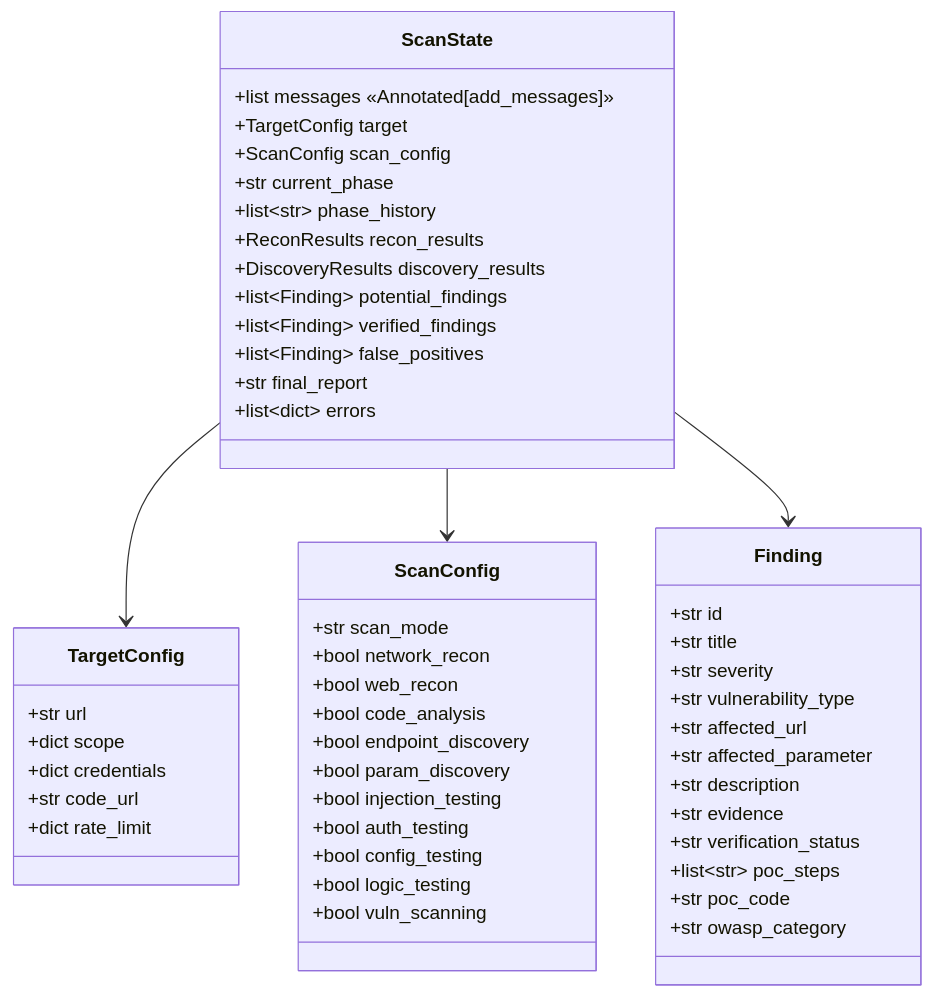
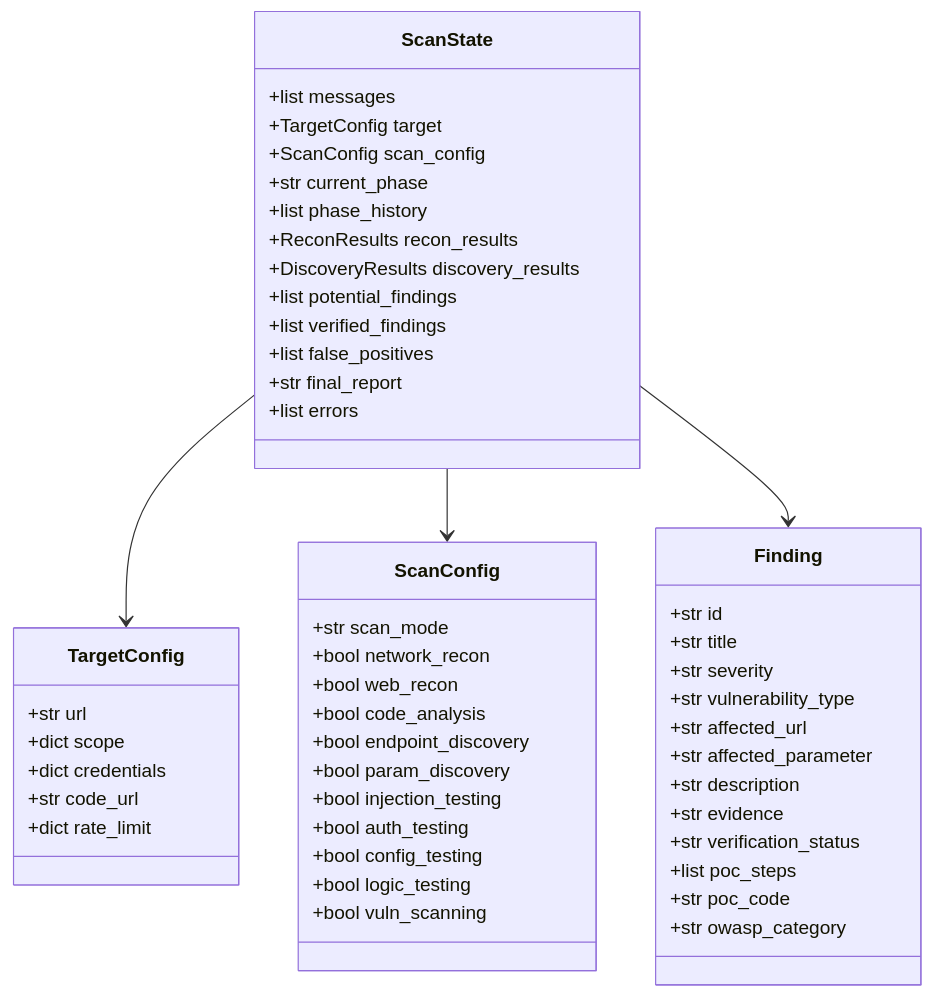
The fourth of 16 diagrams in docs/architecture.md (omkar-ukirde/RedStrike.AI), drawn with Mermaid before and after one commit. The commit also changed other lines of this file, not shown here.

Commit message:
refactor: simplify and clean up Mermaid diagrams in architecture documentation

````diff
--- a/docs/architecture.md
+++ b/docs/architecture.md
@@ -210,58 +210,58 @@
 ```mermaid
 classDiagram
     class ScanState {
-        +list messages            «Annotated[add_messages]»
+        +list messages
         +TargetConfig target
         +ScanConfig scan_config
         +str current_phase
-        +list~str~ phase_history
+        +list phase_history
         +ReconResults recon_results
         +DiscoveryResults discovery_results
-        +list~Finding~ potential_findings
-        +list~Finding~ verified_findings
-        +list~Finding~ false_positives
+        +list potential_findings
+        +list verified_findings
+        +list false_positives
         +str final_report
-        +list~dict~ errors
+        +list errors
     }
 
     class TargetConfig {
         +str url
         +dict scope
         +dict credentials
         +str code_url
         +dict rate_limit
     }
 
     class ScanConfig {
         +str scan_mode
         +bool network_recon
         +bool web_recon
         +bool code_analysis
         +bool endpoint_discovery
         +bool param_discovery
         +bool injection_testing
         +bool auth_testing
         +bool config_testing
         +bool logic_testing
         +bool vuln_scanning
     }
 
     class Finding {
         +str id
         +str title
         +str severity
         +str vulnerability_type
         +str affected_url
         +str affected_parameter
         +str description
         +str evidence
         +str verification_status
-        +list~str~ poc_steps
+        +list poc_steps
         +str poc_code
         +str owasp_category
     }
 
     ScanState --> TargetConfig
     ScanState --> ScanConfig
     ScanState --> Finding
 ```
````
